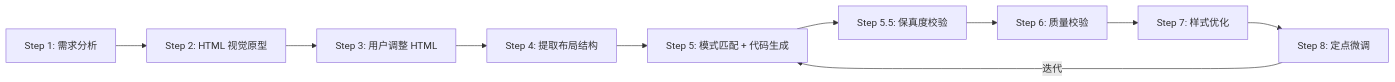
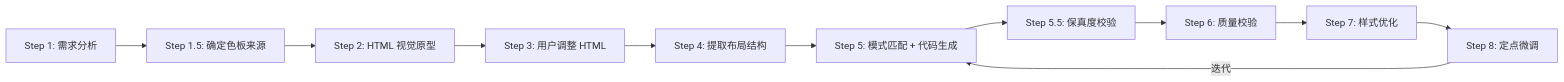
One commit to ihanb/my_skills changed the diagram in skills/qt-widget-ui-designer/SKILL.md. Above: the diagram before and after it, drawn with Mermaid. The commit also changed other lines of this file and 13 other files, not shown here.

````diff
--- a/skills/qt-widget-ui-designer/SKILL.md
+++ b/skills/qt-widget-ui-designer/SKILL.md
@@ -28,12 +39,13 @@
 ```mermaid
 flowchart LR
-    A[Step 1: 需求分析] --> B[Step 2: HTML 视觉原型]
+    A[Step 1: 需求分析] --> A0[Step 1.5: 确定色板来源]
+    A0 --> B[Step 2: HTML 视觉原型]
     B --> C[Step 3: 用户调整 HTML]
     C --> D[Step 4: 提取布局结构]
     D --> E[Step 5: 模式匹配 + 代码生成]
     E --> F[Step 5.5: 保真度校验]
     F --> G[Step 6: 质量校验]
     G --> H[Step 7: 样式优化]
     H --> I[Step 8: 定点微调]
     I -->|迭代| E
 ```
````
